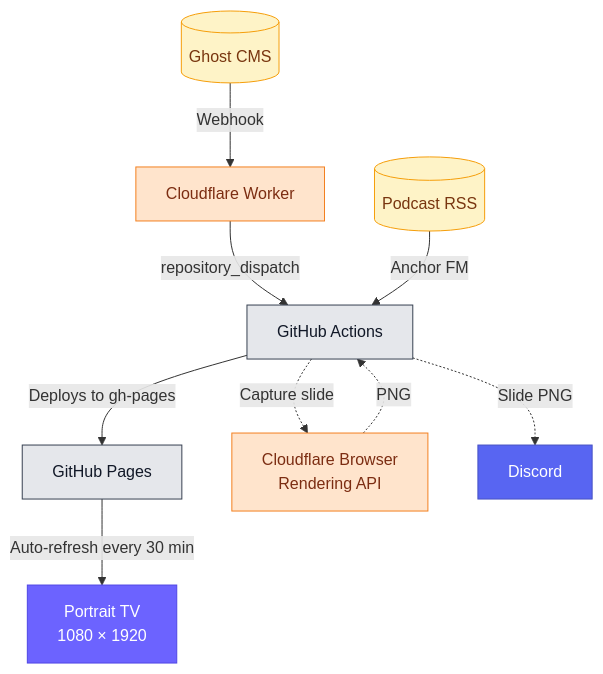
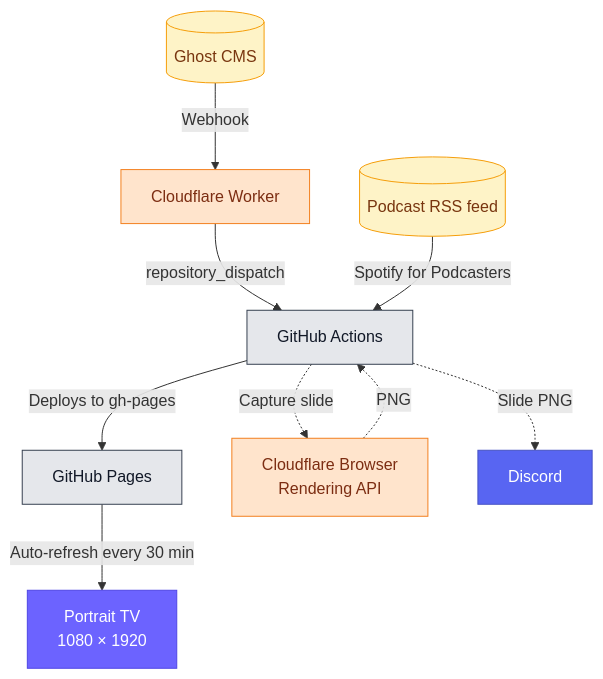
Before and after one commit to inovus-labs/kiosk.inovuslabs.org: the diagram in README.md, drawn with Mermaid. The commit also changed other lines of this file, not shown here.

Commit message:
fix: Update README to reflect correct podcast source and enhance clarity

````diff
--- a/README.md
+++ b/README.md
@@ -13,32 +13,32 @@
 ```mermaid
 flowchart TD
     %% ── Sources ─────────────────────────────────
     A[(Ghost CMS)]:::source
-    E[(Podcast RSS)]:::source
+    E[(Podcast RSS feed)]:::source
 
     %% ── Build & deploy pipeline ─────────────────
     W[Cloudflare Worker]:::cf
     B[GitHub Actions]:::gh
     C[GitHub Pages]:::gh
     D[Portrait TV<br/>1080 × 1920]:::tv
 
     %% ── Post-deploy side channel ────────────────
     BR[Cloudflare Browser<br/>Rendering API]:::cf
     F[Discord]:::discord
 
     A -->|Webhook| W
     W -->|repository_dispatch| B
-    E -->|Anchor FM| B
+    E -->|Spotify for Podcasters| B
     B -->|Deploys to gh-pages| C
     C -->|Auto-refresh every 30 min| D
 
     B -.->|Capture slide| BR
     BR -.->|PNG| B
     B -.->|Slide PNG| F
 
     classDef source  fill:#FEF3C7,stroke:#F59E0B,color:#78350F;
     classDef cf      fill:#FFE4CC,stroke:#F38020,color:#7C2D12;
     classDef gh      fill:#E5E7EB,stroke:#374151,color:#111827;
     classDef tv      fill:#6C63FF,stroke:#4F46E5,color:#FFFFFF;
     classDef discord fill:#5865F2,stroke:#4752C4,color:#FFFFFF;
 ```
````
